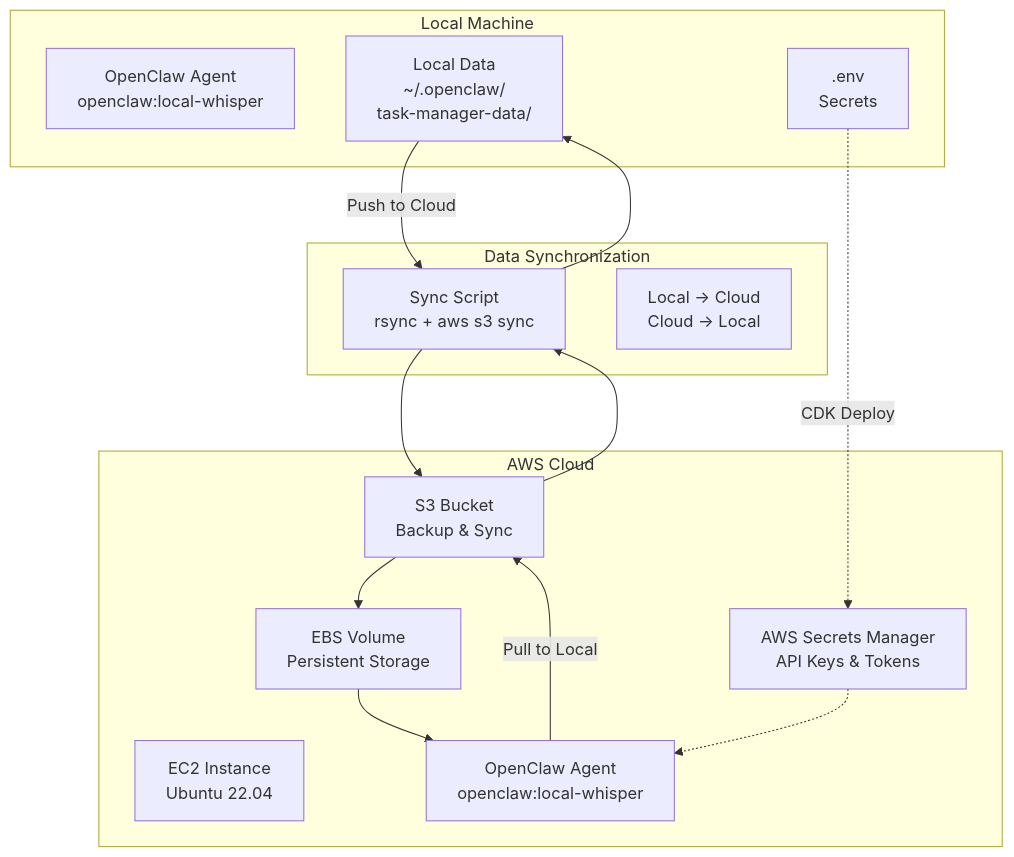
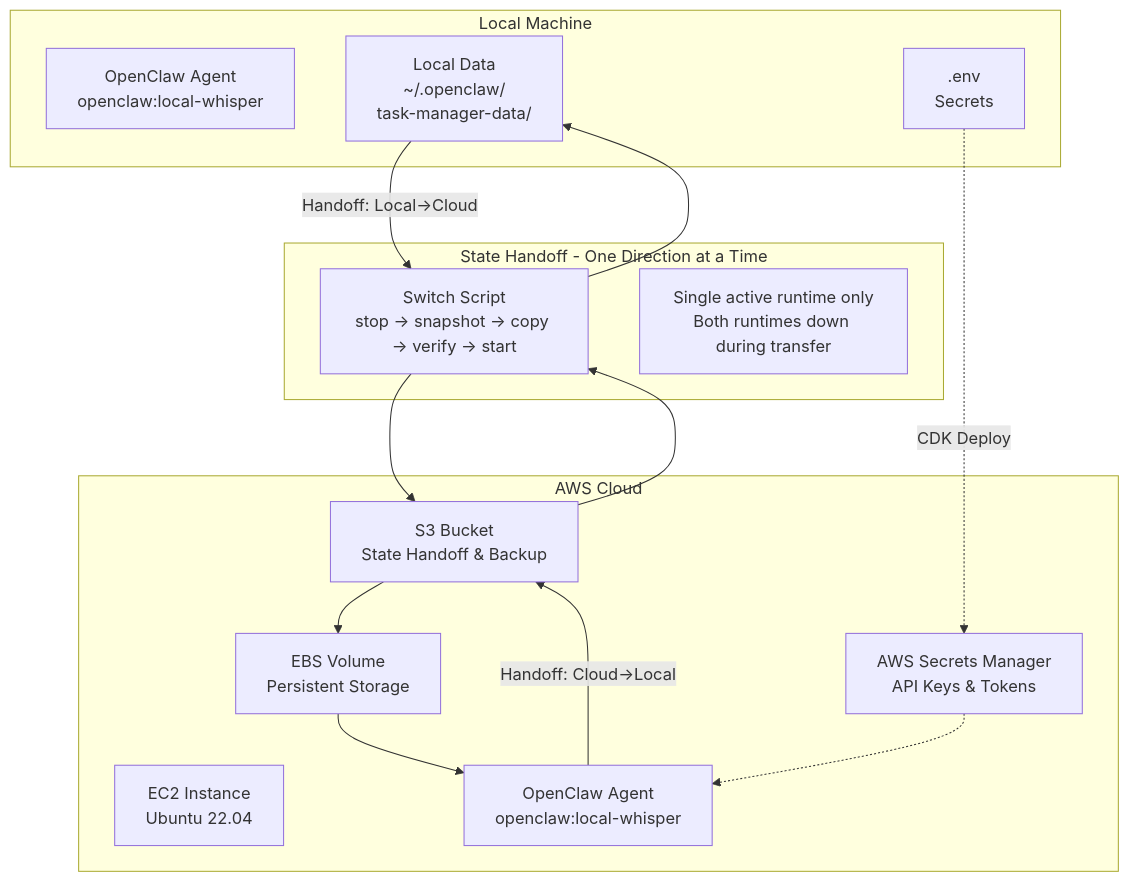
One commit to AbinashGupta/openclaw changed the second of 6 diagrams in OC-EXT-CLOUD-MIGRATION-PLAN.md. Above: the diagram before and after it, drawn with Mermaid. The commit also changed other lines of this file and 2 other files, not shown here.

Commit message:
Docs: add cloud migration phases, first-deploy guide, and plan clarifications

````diff
--- a/OC-EXT-CLOUD-MIGRATION-PLAN.md
+++ b/OC-EXT-CLOUD-MIGRATION-PLAN.md
@@ -146,33 +202,33 @@
 ```mermaid
 graph TB
     subgraph local [Local Machine]
         localAgent["OpenClaw Agent<br/>openclaw:local-whisper"]
         localData["Local Data<br/>~/.openclaw/<br/>task-manager-data/"]
         localEnv[".env<br/>Secrets"]
     end
     
     subgraph aws [AWS Cloud]
         ec2["EC2 Instance<br/>Ubuntu 22.04"]
         cloudAgent["OpenClaw Agent<br/>openclaw:local-whisper"]
         ebs["EBS Volume<br/>Persistent Storage"]
-        s3["S3 Bucket<br/>Backup & Sync"]
+        s3["S3 Bucket<br/>State Handoff & Backup"]
         secretsManager["AWS Secrets Manager<br/>API Keys & Tokens"]
     end
     
-    subgraph sync [Data Synchronization]
-        syncScript["Sync Script<br/>rsync + aws s3 sync"]
-        direction["Local → Cloud<br/>Cloud → Local"]
+    subgraph handoff [State Handoff - One Direction at a Time]
+        switchScript["Switch Script<br/>stop → snapshot → copy → verify → start"]
+        note["Single active runtime only<br/>Both runtimes down during transfer"]
     end
     
-    localData -->|"Push to Cloud"| syncScript
-    syncScript --> s3
+    localData -->|"Handoff: Local→Cloud"| switchScript
+    switchScript --> s3
     s3 --> ebs
     ebs --> cloudAgent
     
-    cloudAgent -->|"Pull to Local"| s3
-    s3 --> syncScript
-    syncScript --> localData
+    cloudAgent -->|"Handoff: Cloud→Local"| s3
+    s3 --> switchScript
+    switchScript --> localData
     
     localEnv -.->|"CDK Deploy"| secretsManager
     secretsManager -.-> cloudAgent
 ```
````
